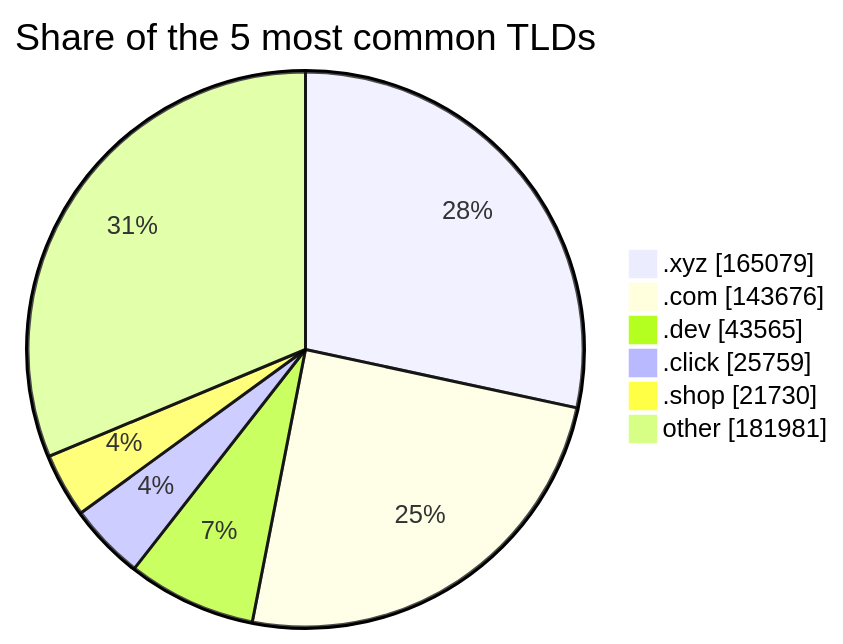
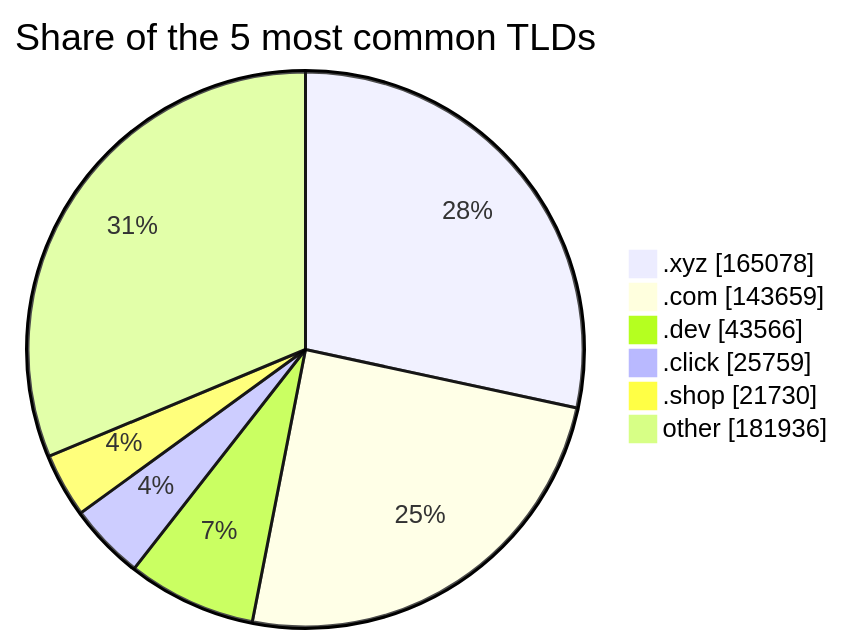
One commit to DNSBunker/CTI changed the third of 3 diagrams in README.md. Above: the diagram before and after it, drawn with Mermaid. The commit also changed other lines of this file and 3 other files, not shown here.

````diff
--- a/README.md
+++ b/README.md
@@ -81,9 +81,9 @@
 ```mermaid
 pie showData title Share of the 5 most common TLDs
-    ".xyz" : 165079
-    ".com" : 143676
-    ".dev" : 43565
+    ".xyz" : 165078
+    ".com" : 143659
+    ".dev" : 43566
     ".click" : 25759
     ".shop" : 21730
-    "other" : 181981
+    "other" : 181936
 ```
````
